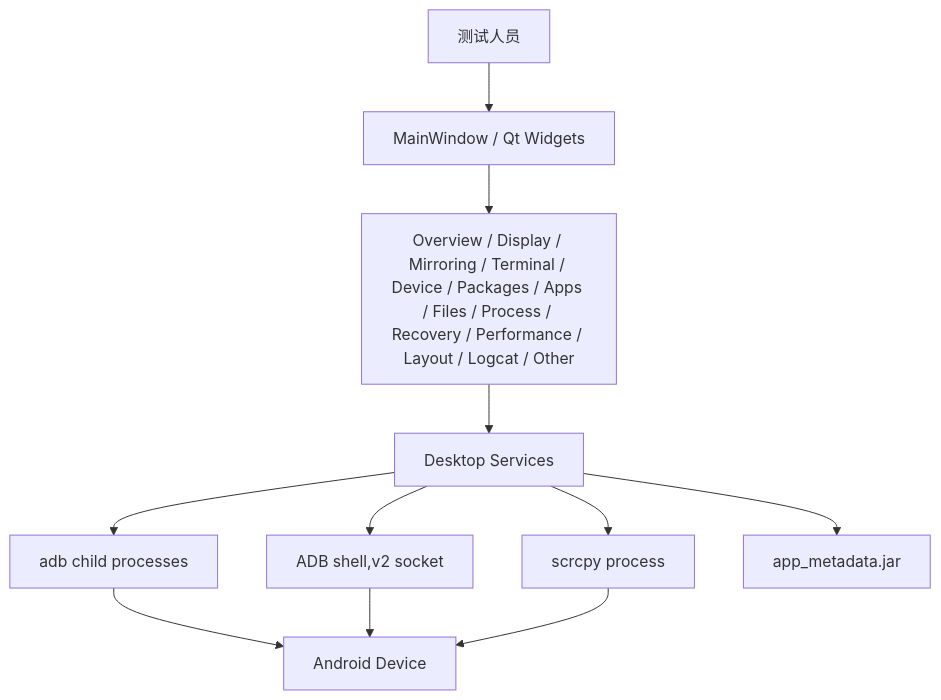
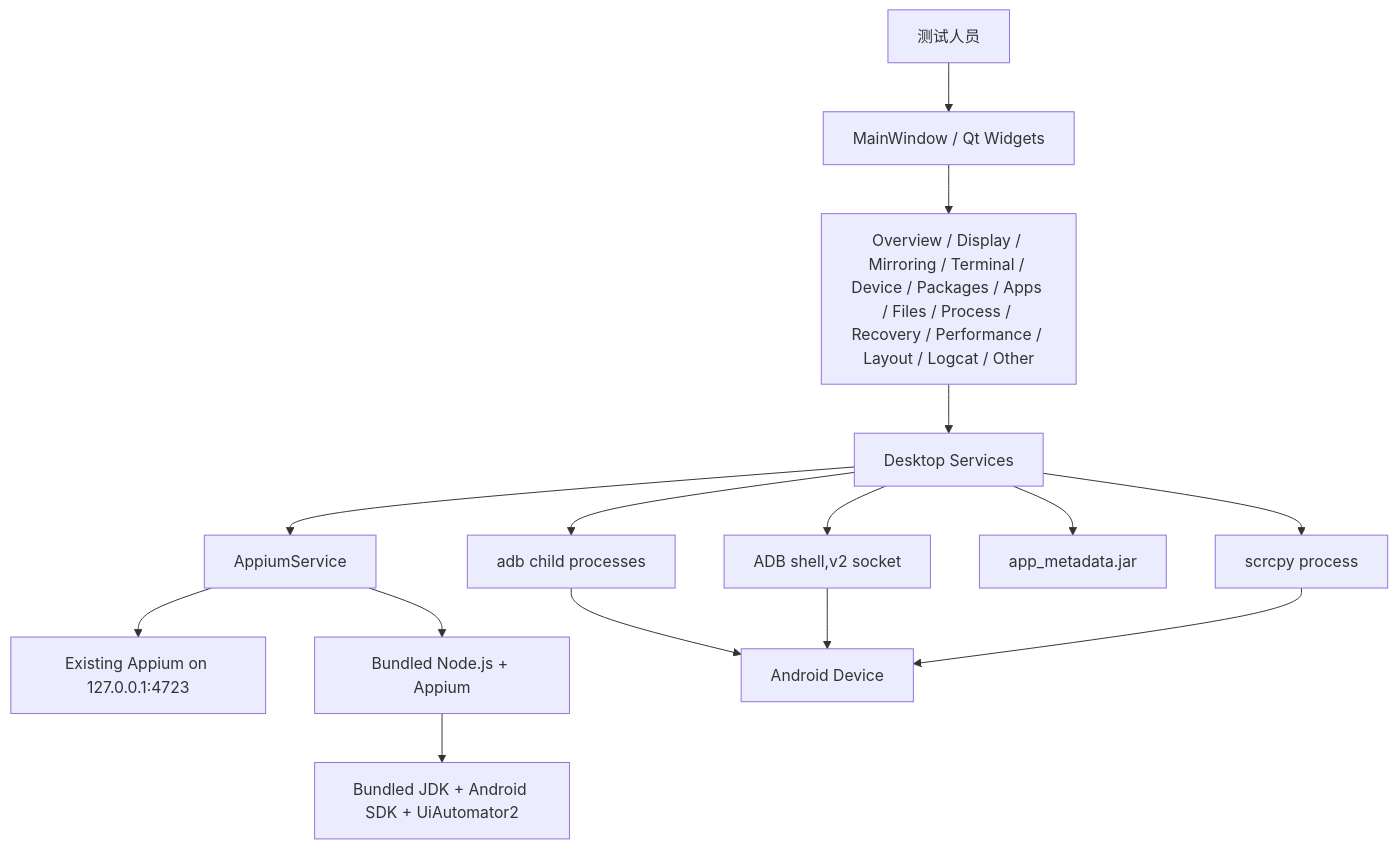
One commit to Zedex666/AI_Mobile_Test_Studio_Codex changed the first of 4 diagrams in docs/ARCHITECTURE.md. Above: the diagram before and after it, drawn with Mermaid. The commit also changed other lines of this file and 25 other files, not shown here.

````diff
--- a/docs/ARCHITECTURE.md
+++ b/docs/ARCHITECTURE.md
@@ -19,13 +19,17 @@
 ```mermaid
 flowchart TB
     User["测试人员"] --> Main["MainWindow / Qt Widgets"]
     Main --> Pages["Overview / Display / Mirroring / Terminal / Device / Packages / Apps / Files / Process / Recovery / Performance / Layout / Logcat / Other"]
     Pages --> Services["Desktop Services"]
     Services --> AdbProcess["adb child processes"]
     Services --> AdbSocket["ADB shell,v2 socket"]
     Services --> Scrcpy["scrcpy process"]
     Services --> Metadata["app_metadata.jar"]
+    Services --> AppiumService["AppiumService"]
+    AppiumService --> ExistingAppium["Existing Appium on 127.0.0.1:4723"]
+    AppiumService --> BundledAppium["Bundled Node.js + Appium"]
+    BundledAppium --> BundledSdk["Bundled JDK + Android SDK + UiAutomator2"]
     AdbProcess --> Device["Android Device"]
     AdbSocket --> Device
     Scrcpy --> Device
 ```
````
